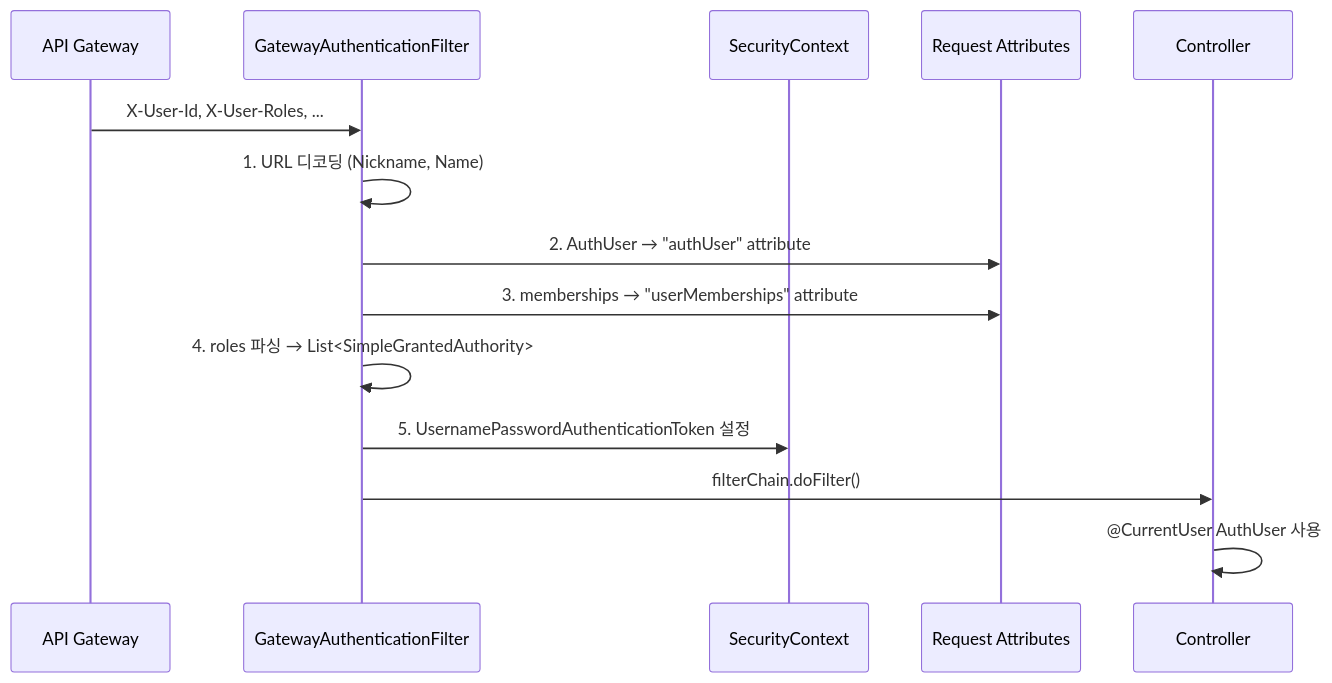
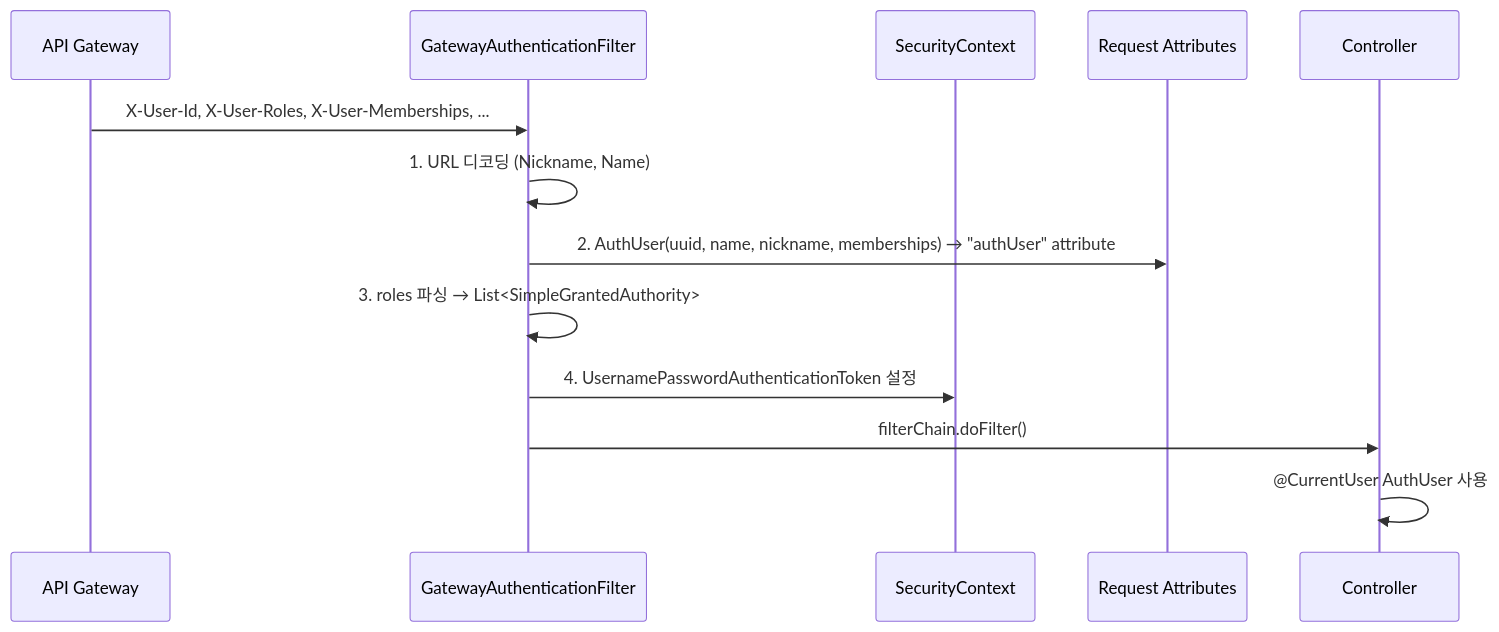
The second of 2 diagrams in docs/api/common-library/security-auth.md (L-a-z-e/portal-universe), drawn with Mermaid before and after one commit. The commit also changed other lines of this file and 17 other files, not shown here.

First line of the commit message:
refactor(common-library): consolidate AuthUser as single source of truth for gateway headers

````diff
--- a/docs/api/common-library/security-auth.md
+++ b/docs/api/common-library/security-auth.md
@@ -170,17 +170,16 @@
 ```mermaid
 sequenceDiagram
     participant GW as API Gateway
     participant F as GatewayAuthenticationFilter
     participant SC as SecurityContext
     participant RA as Request Attributes
     participant C as Controller
 
-    GW->>F: X-User-Id, X-User-Roles, ...
+    GW->>F: X-User-Id, X-User-Roles, X-User-Memberships, ...
     F->>F: 1. URL 디코딩 (Nickname, Name)
-    F->>RA: 2. AuthUser → "authUser" attribute
-    F->>RA: 3. memberships → "userMemberships" attribute
-    F->>F: 4. roles 파싱 → List<SimpleGrantedAuthority>
-    F->>SC: 5. UsernamePasswordAuthenticationToken 설정
+    F->>RA: 2. AuthUser(uuid, name, nickname, memberships) → "authUser" attribute
+    F->>F: 3. roles 파싱 → List<SimpleGrantedAuthority>
+    F->>SC: 4. UsernamePasswordAuthenticationToken 설정
     F->>C: filterChain.doFilter()
     C->>C: @CurrentUser AuthUser 사용
 ```
````
